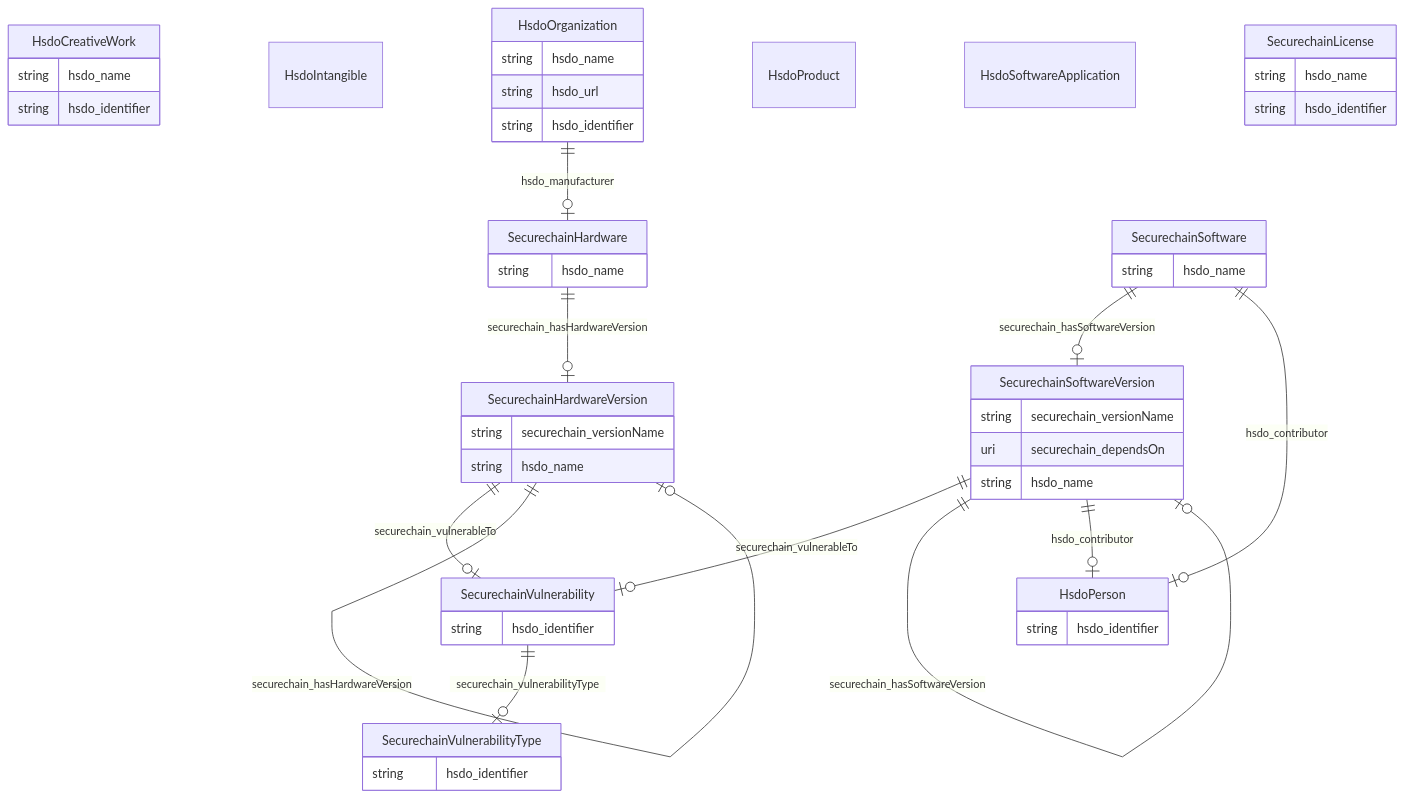
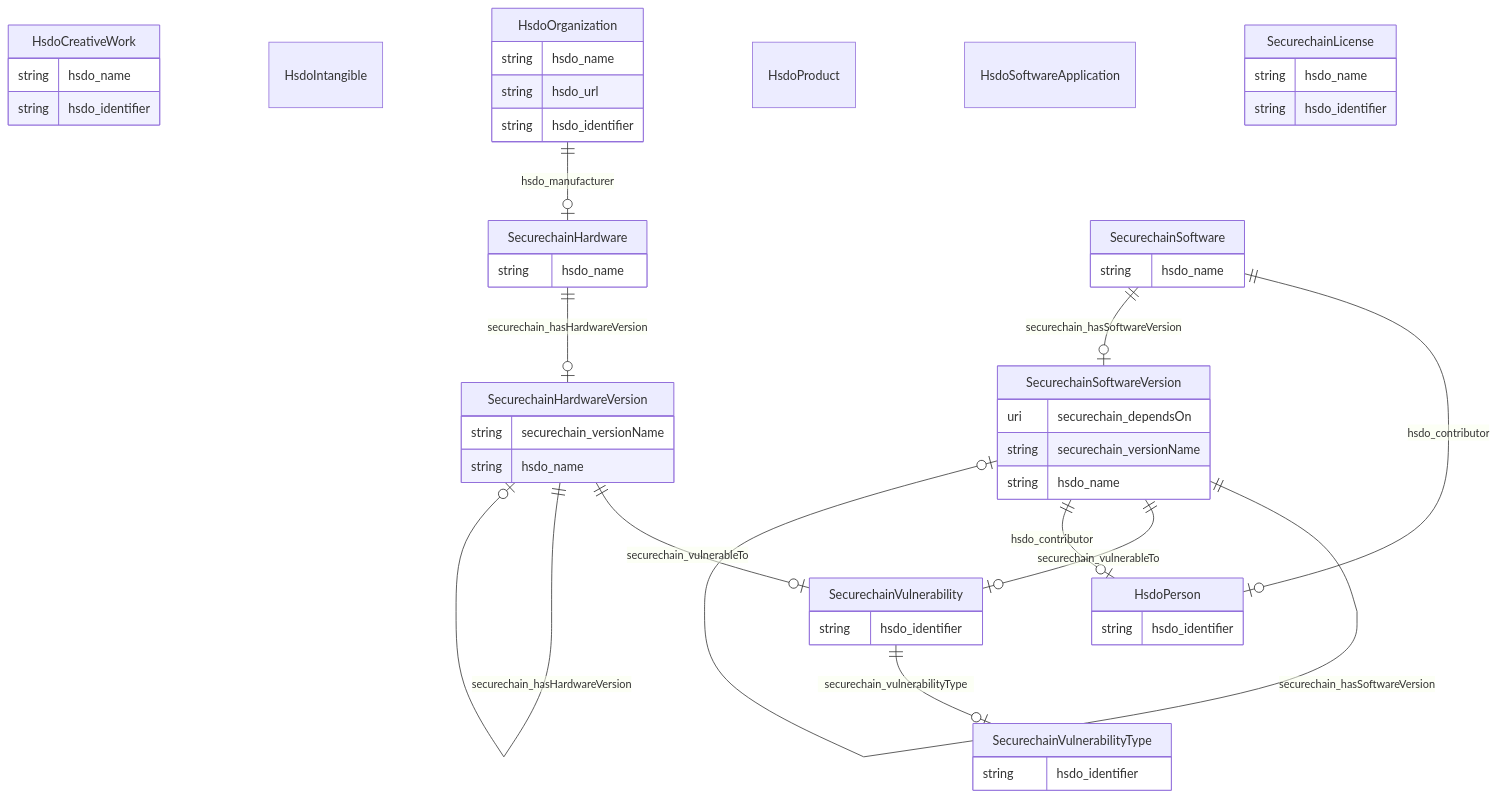
One commit to frink-okn/graph-descriptions changed the diagram in secure-chain-kg/README.md. Above: the diagram before and after it, drawn with Mermaid. The commit also changed other lines of this file and 26 other files, not shown here.

````diff
--- a/secure-chain-kg/README.md
+++ b/secure-chain-kg/README.md
@@ -9,62 +9,62 @@
 ```mermaid
 erDiagram
 HsdoCreativeWork {
     string hsdo_name  
     string hsdo_identifier  
 }
 HsdoIntangible {
 
 }
 HsdoOrganization {
     string hsdo_name  
     string hsdo_url  
     string hsdo_identifier  
 }
 HsdoPerson {
     string hsdo_identifier  
 }
 HsdoProduct {
 
 }
 HsdoSoftwareApplication {
 
 }
 SecurechainHardware {
     string hsdo_name  
 }
 SecurechainHardwareVersion {
     string securechain_versionName  
     string hsdo_name  
 }
 SecurechainLicense {
     string hsdo_name  
     string hsdo_identifier  
 }
 SecurechainSoftware {
     string hsdo_name  
 }
 SecurechainSoftwareVersion {
+    uri securechain_dependsOn  
     string securechain_versionName  
-    uri securechain_dependsOn  
     string hsdo_name  
 }
 SecurechainVulnerability {
     string hsdo_identifier  
 }
 SecurechainVulnerabilityType {
     string hsdo_identifier  
 }
 
 HsdoOrganization ||--|o SecurechainHardware : "hsdo_manufacturer"
 SecurechainHardware ||--|o SecurechainHardwareVersion : "securechain_hasHardwareVersion"
 SecurechainHardwareVersion ||--|o SecurechainVulnerability : "securechain_vulnerableTo"
 SecurechainHardwareVersion ||--|o SecurechainHardwareVersion : "securechain_hasHardwareVersion"
+SecurechainSoftware ||--|o HsdoPerson : "hsdo_contributor"
 SecurechainSoftware ||--|o SecurechainSoftwareVersion : "securechain_hasSoftwareVersion"
-SecurechainSoftware ||--|o HsdoPerson : "hsdo_contributor"
+SecurechainSoftwareVersion ||--|o SecurechainSoftwareVersion : "securechain_dependsOn"
 SecurechainSoftwareVersion ||--|o SecurechainVulnerability : "securechain_vulnerableTo"
-SecurechainSoftwareVersion ||--|o SecurechainSoftwareVersion : "securechain_dependsOn"
+SecurechainSoftwareVersion ||--|o HsdoPerson : "hsdo_contributor"
 SecurechainSoftwareVersion ||--|o SecurechainSoftwareVersion : "securechain_hasSoftwareVersion"
-SecurechainSoftwareVersion ||--|o HsdoPerson : "hsdo_contributor"
 SecurechainVulnerability ||--|o SecurechainVulnerabilityType : "securechain_vulnerabilityType"
 
 ```
````
